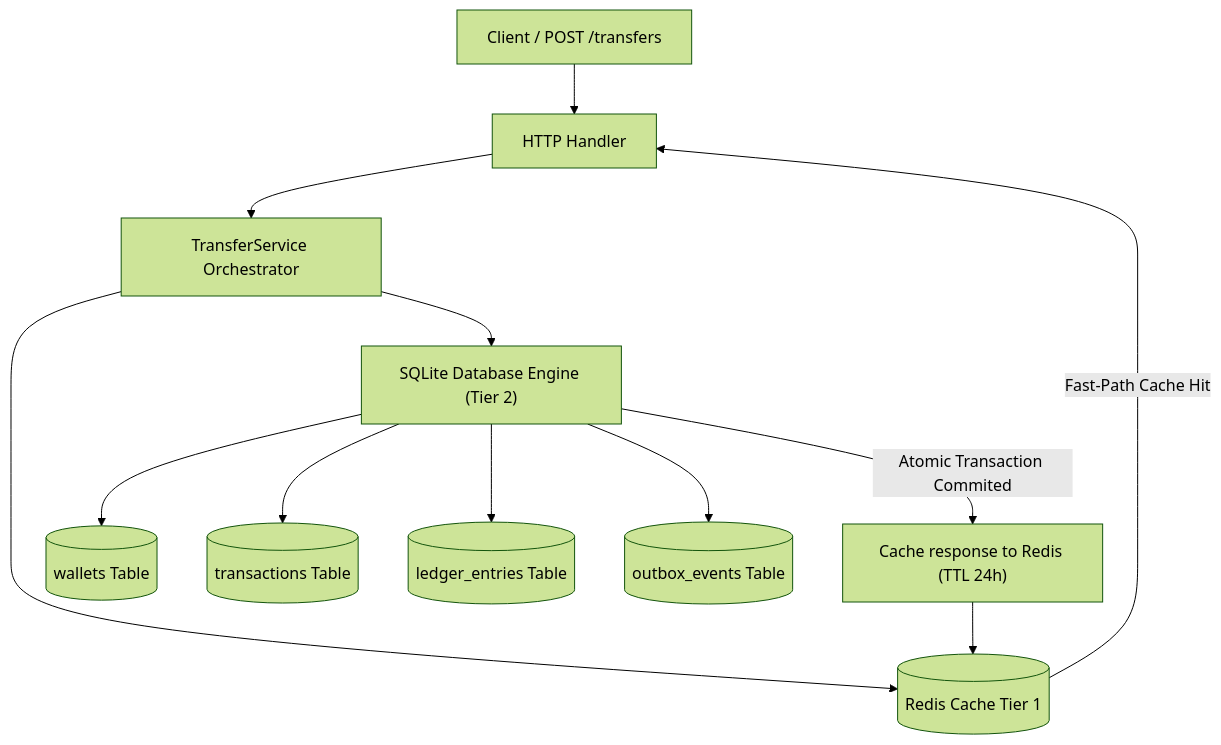
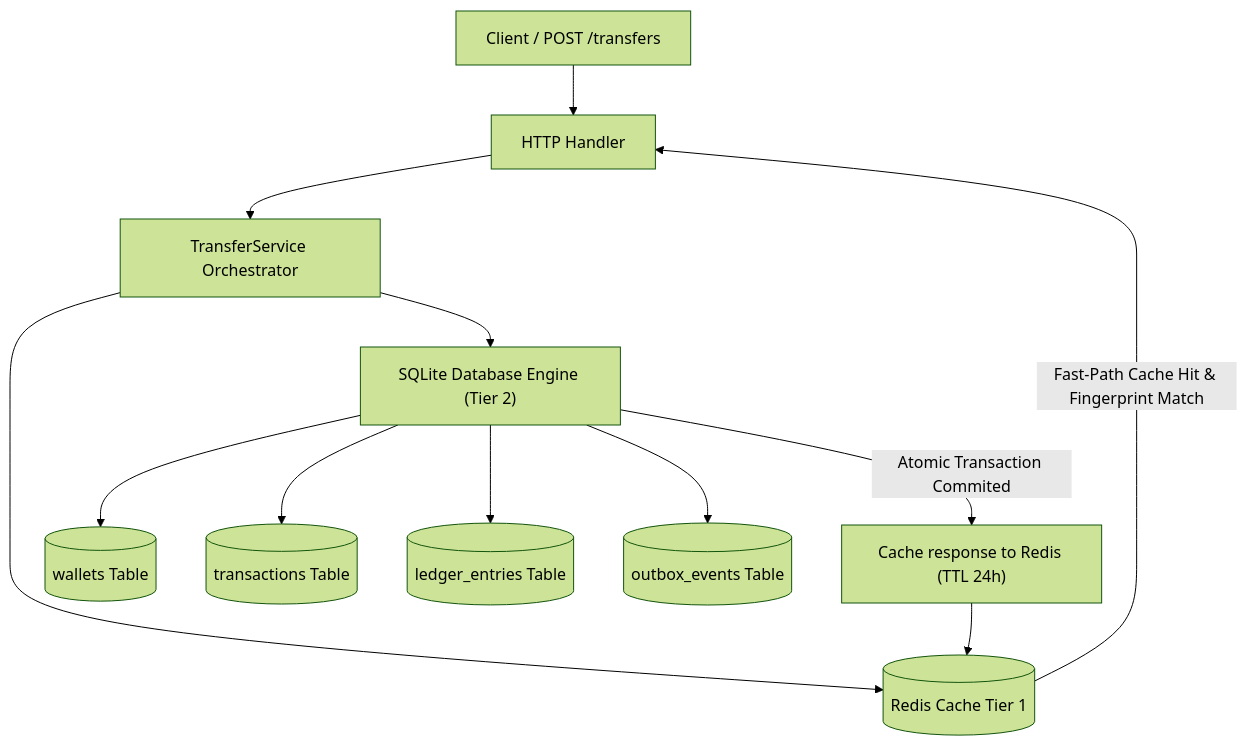
The diagram in pr_description.md (Niranjan-tiwari/wallet-transfer-assignment), drawn with Mermaid (forest theme) before and after one commit. The commit also changed other lines of this file and 6 other files, not shown here.

````diff
--- a/pr_description.md
+++ b/pr_description.md
@@ -16,19 +18,19 @@
 ```mermaid
 graph TD
     Client[Client / POST /transfers] --> Handler[HTTP Handler]
     Handler --> Service[TransferService Orchestrator]
     
     Service --> RedisClient[(Redis Cache Tier 1)]
-    RedisClient -- "Fast-Path Cache Hit" --> Handler
+    RedisClient -- "Fast-Path Cache Hit & Fingerprint Match" --> Handler
     
     subground["SQLite Database Engine (Tier 2)"]
     Service --> subground
     
     subground --> Wallets[(wallets Table)]
     subground --> Transactions[(transactions Table)]
     subground --> Ledger[(ledger_entries Table)]
     subground --> Outbox[(outbox_events Table)]
     
     subground -- "Atomic Transaction Commited" --> CacheSet["Cache response to Redis (TTL 24h)"]
     CacheSet --> RedisClient
 ```
````
